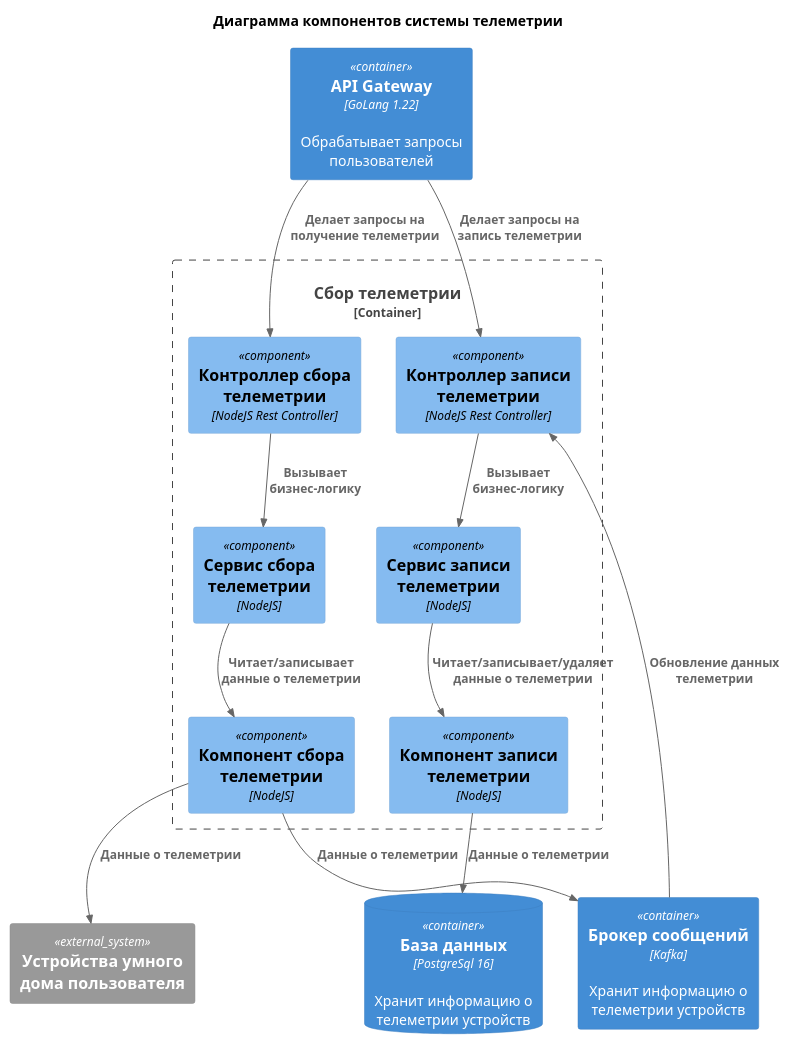
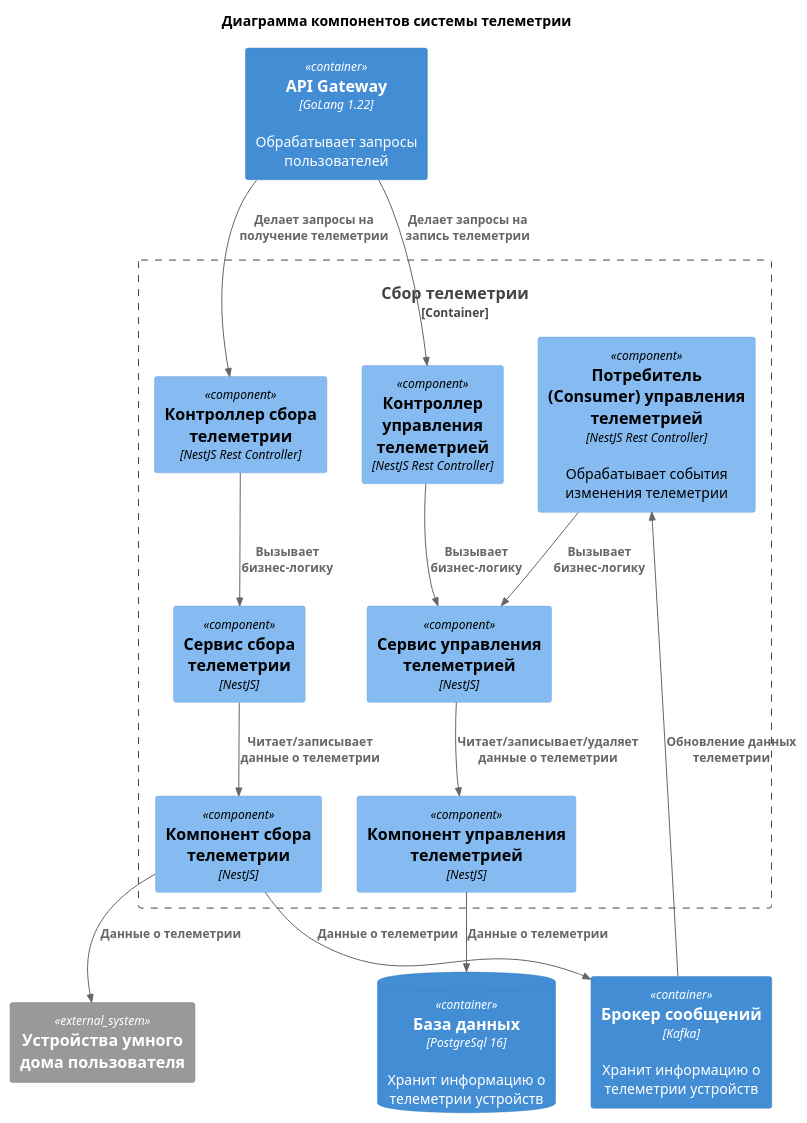
Before and after one commit to xSparKIx/architecture-pro-warmhouse: the diagram in diagrams/components/Telemetry.puml, drawn with PlantUML. The commit also changed 31 other files, not shown here.

```diff
--- a/diagrams/components/Telemetry.puml
+++ b/diagrams/components/Telemetry.puml
@@ -1,38 +1,40 @@
 @startuml Telemetry components diagram
 title Диаграмма компонентов системы телеметрии
 
 !include ../templates/C4_Component.puml
 
 ' Внешние сущности
 Container(APIGateway, "API Gateway", "GoLang 1.22", "Обрабатывает запросы пользователей")
 Container(broker, "Брокер сообщений", "Kafka", "Хранит информацию о телеметрии устройств")
 ContainerDb(db, "База данных", "PostgreSql 16", "Хранит информацию о телеметрии устройств")
 System_Ext(UserDevicesSystem, "Устройства умного дома пользователя")
 
 ' Контейнер сбора телеметрии
 Container_Boundary(TelemetryContainer, "Сбор телеметрии") {
     ' Сбор телеметрии
-    Component(TelemetryController, "Контроллер сбора телеметрии", "NodeJS Rest Controller")
-    Component(TelemetryService, "Сервис сбора телеметрии", "NodeJS")
-    Component(TelemetryComponent, "Компонент сбора телеметрии", "NodeJS")
+    Component(TelemetryController, "Контроллер сбора телеметрии", "NestJS Rest Controller")
+    Component(TelemetryService, "Сервис сбора телеметрии", "NestJS")
+    Component(TelemetryComponent, "Компонент сбора телеметрии", "NestJS")
 
     ' Запись телеметрии
-    Component(TelemetryWriteController, "Контроллер записи телеметрии", "NodeJS Rest Controller")
-    Component(TelemetryWriteService, "Сервис записи телеметрии", "NodeJS")
-    Component(TelemetryWriteComponent, "Компонент записи телеметрии", "NodeJS")
+    Component(TelemetryWriteController, "Контроллер управления телеметрией", "NestJS Rest Controller")
+    Component(TelemetryWriteConsumer, "Потребитель (Consumer) управления телеметрией", "NestJS Rest Controller", "Обрабатывает события изменения телеметрии")
+    Component(TelemetryWriteService, "Сервис управления телеметрией", "NestJS")
+    Component(TelemetryWriteComponent, "Компонент управления телеметрией", "NestJS")
 }
 
 ' Связи
 Rel(APIGateway, TelemetryController, "Делает запросы на получение телеметрии")
 Rel(TelemetryController, TelemetryService, "Вызывает бизнес-логику")
 Rel(TelemetryService, TelemetryComponent, "Читает/записывает данные о телеметрии")
 Rel(TelemetryComponent, broker, "Данные о телеметрии")
 Rel(TelemetryComponent, UserDevicesSystem, "Данные о телеметрии")
 
 Rel(APIGateway, TelemetryWriteController, "Делает запросы на запись телеметрии")
-Rel(broker, TelemetryWriteController, "Обновление данных телеметрии")
+Rel(broker, TelemetryWriteConsumer, "Обновление данных телеметрии")
 Rel(TelemetryWriteController, TelemetryWriteService, "Вызывает бизнес-логику")
 Rel(TelemetryWriteService, TelemetryWriteComponent, "Читает/записывает/удаляет данные о телеметрии")
 Rel(TelemetryWriteComponent, db, "Данные о телеметрии")
+Rel(TelemetryWriteConsumer, TelemetryWriteService, "Вызывает бизнес-логику")
 
 @endmul
```
